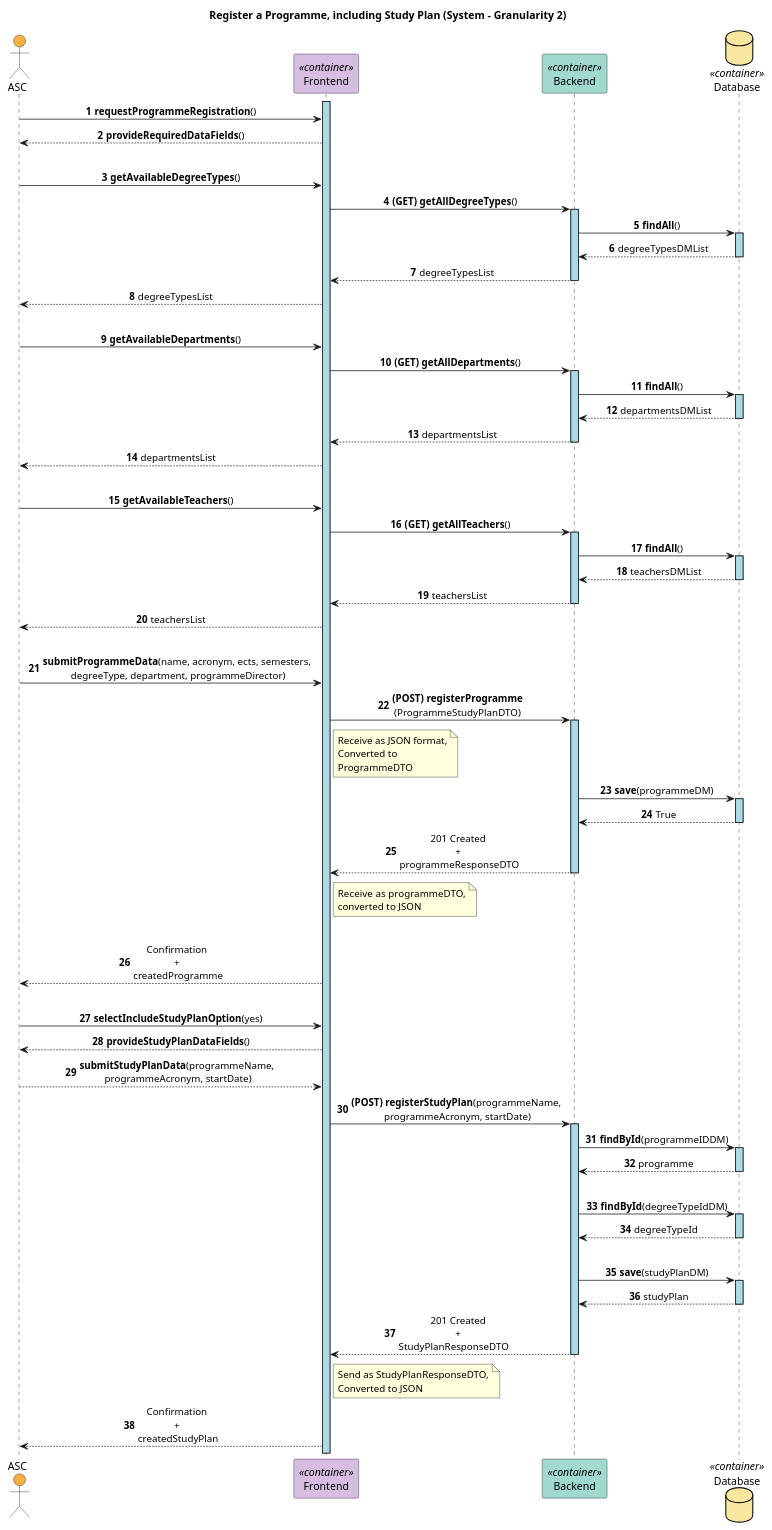
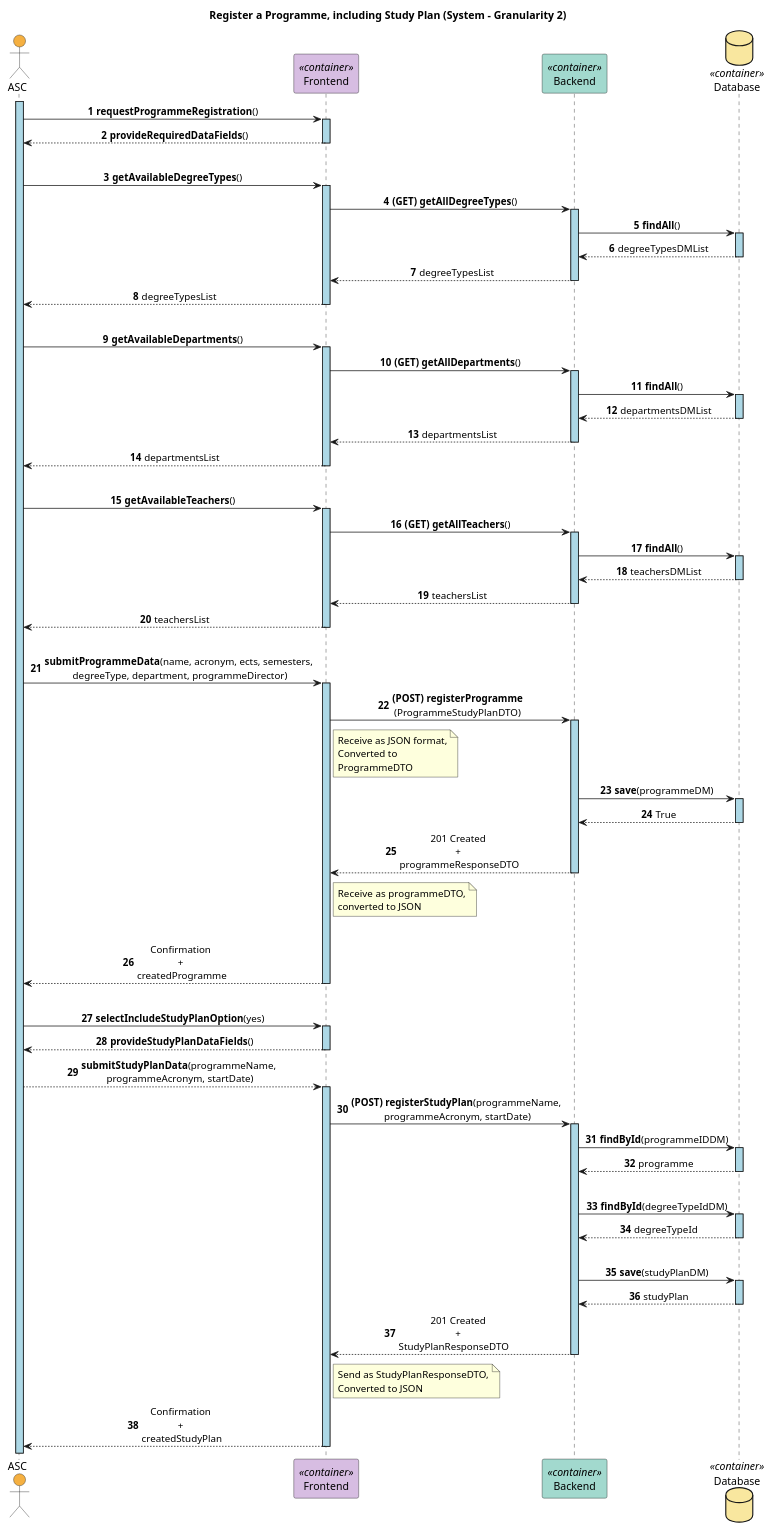
One commit to GasparISEP/DevOps-PAI changed the diagram in docs/US27/Sprint6/ProcessView/Level2.puml. Above: the diagram before and after it, drawn with PlantUML. The commit also changed 1 other file, not shown here.

Commit message:
Updated level 1 and level 2 process diagrams with some adjustments; and added missing activation bars. (Closes #755)

```diff
--- a/docs/US27/Sprint6/ProcessView/Level2.puml
+++ b/docs/US27/Sprint6/ProcessView/Level2.puml
@@ -1,97 +1,97 @@
 @startuml
 title Register a Programme, including Study Plan (System - Granularity 2)
 skinparam sequenceLifeLineBackgroundColor lightblue
 skinparam sequenceMessageAlign center
 autonumber
 
 actor ASC #F5B041
 participant Frontend <<container>> #D7BDE2
 participant Backend <<container>> #A2D9CE
 database Database <<container>> #F9E79F
 
-activate Frontend
-ASC -> Frontend: **requestProgrammeRegistration**()
-Frontend --> ASC: **provideRequiredDataFields**()
+activate ASC
+ASC -> Frontend++: **requestProgrammeRegistration**()
+Frontend --> ASC--: **provideRequiredDataFields**()
 |||
-ASC -> Frontend: **getAvailableDegreeTypes**()
+ASC -> Frontend++: **getAvailableDegreeTypes**()
 Frontend -> Backend: **(GET) getAllDegreeTypes**()
 activate Backend
 Backend -> Database: **findAll**()
 activate Database
 Database --> Backend: degreeTypesDMList
 deactivate Database
 Backend --> Frontend: degreeTypesList
 deactivate Backend
-Frontend --> ASC: degreeTypesList
+Frontend --> ASC--: degreeTypesList
 |||
-ASC -> Frontend: **getAvailableDepartments**()
+ASC -> Frontend++: **getAvailableDepartments**()
 Frontend -> Backend: **(GET) getAllDepartments**()
 activate Backend
 Backend -> Database: **findAll**()
 activate Database
 Database --> Backend: departmentsDMList
 deactivate Database
 Backend --> Frontend: departmentsList
 deactivate Backend
-Frontend --> ASC: departmentsList
+Frontend --> ASC--: departmentsList
 |||
-ASC -> Frontend: **getAvailableTeachers**()
+ASC -> Frontend++: **getAvailableTeachers**()
 Frontend -> Backend: **(GET) getAllTeachers**()
 activate Backend
 Backend -> Database: **findAll**()
 activate Database
 Database --> Backend: teachersDMList
 deactivate Database
 Backend --> Frontend: teachersList
 deactivate Backend
-Frontend --> ASC: teachersList
+Frontend --> ASC--: teachersList
 |||
-ASC -> Frontend: **submitProgrammeData**(name, acronym, ects, semesters, \ndegreeType, department, programmeDirector)
+ASC -> Frontend++: **submitProgrammeData**(name, acronym, ects, semesters, \ndegreeType, department, programmeDirector)
 Frontend -> Backend: **(POST) registerProgramme**\n(ProgrammeStudyPlanDTO)
 activate Backend
 note right Frontend
   Receive as JSON format,
   Converted to
   ProgrammeDTO
 end note
 
 Backend -> Database: **save**(programmeDM)
 activate Database
 Database --> Backend: True
 deactivate Database
 Backend --> Frontend: 201 Created \n+ \nprogrammeResponseDTO
 deactivate Backend
 note right Frontend
   Receive as programmeDTO,
   converted to JSON
 end note
 |||
-Frontend --> ASC: Confirmation \n+ \ncreatedProgramme
+Frontend --> ASC--: Confirmation \n+ \ncreatedProgramme
 |||
-ASC -> Frontend: **selectIncludeStudyPlanOption**(yes)
-Frontend --> ASC: **provideStudyPlanDataFields**()
-ASC --> Frontend: **submitStudyPlanData**(programmeName, \nprogrammeAcronym, startDate)
+ASC -> Frontend++: **selectIncludeStudyPlanOption**(yes)
+Frontend --> ASC--: **provideStudyPlanDataFields**()
+ASC --> Frontend++: **submitStudyPlanData**(programmeName, \nprogrammeAcronym, startDate)
 
 Frontend -> Backend++: **(POST) registerStudyPlan**(programmeName, \nprogrammeAcronym, startDate)
 Backend -> Database++: **findById**(programmeIDDM)
 Database --> Backend--: programme
 |||
 Backend -> Database: **findById**(degreeTypeIdDM)
 activate Database
 Backend <-- Database: degreeTypeId
 deactivate Database
 |||
 Backend -> Database: **save**(studyPlanDM)
 activate Database
 Database --> Backend: studyPlan
 deactivate Database
 
 Backend --> Frontend: 201 Created \n+ \nStudyPlanResponseDTO\t
 deactivate Backend
 note right Frontend
   Send as StudyPlanResponseDTO,
   Converted to JSON
 end note
 
-Frontend --> ASC: Confirmation \n+ \ncreatedStudyPlan
+Frontend --> ASC--: Confirmation \n+ \ncreatedStudyPlan
 @enduml
```
